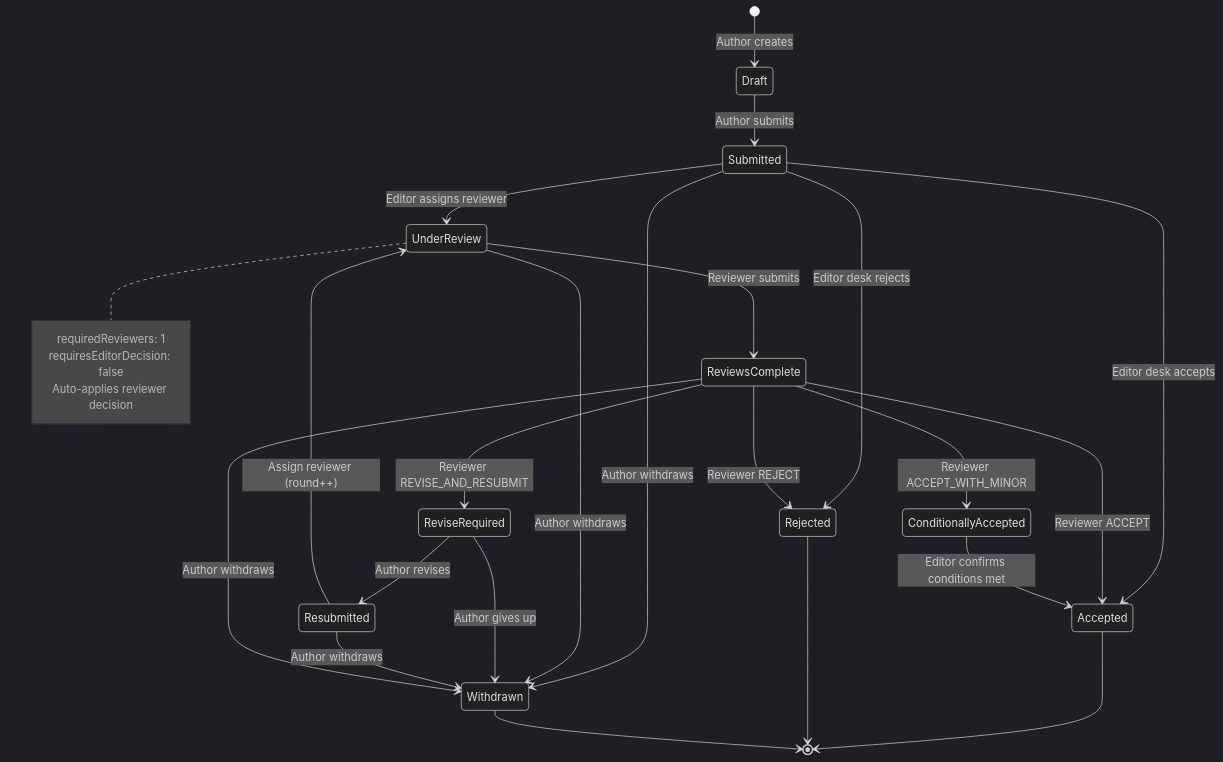
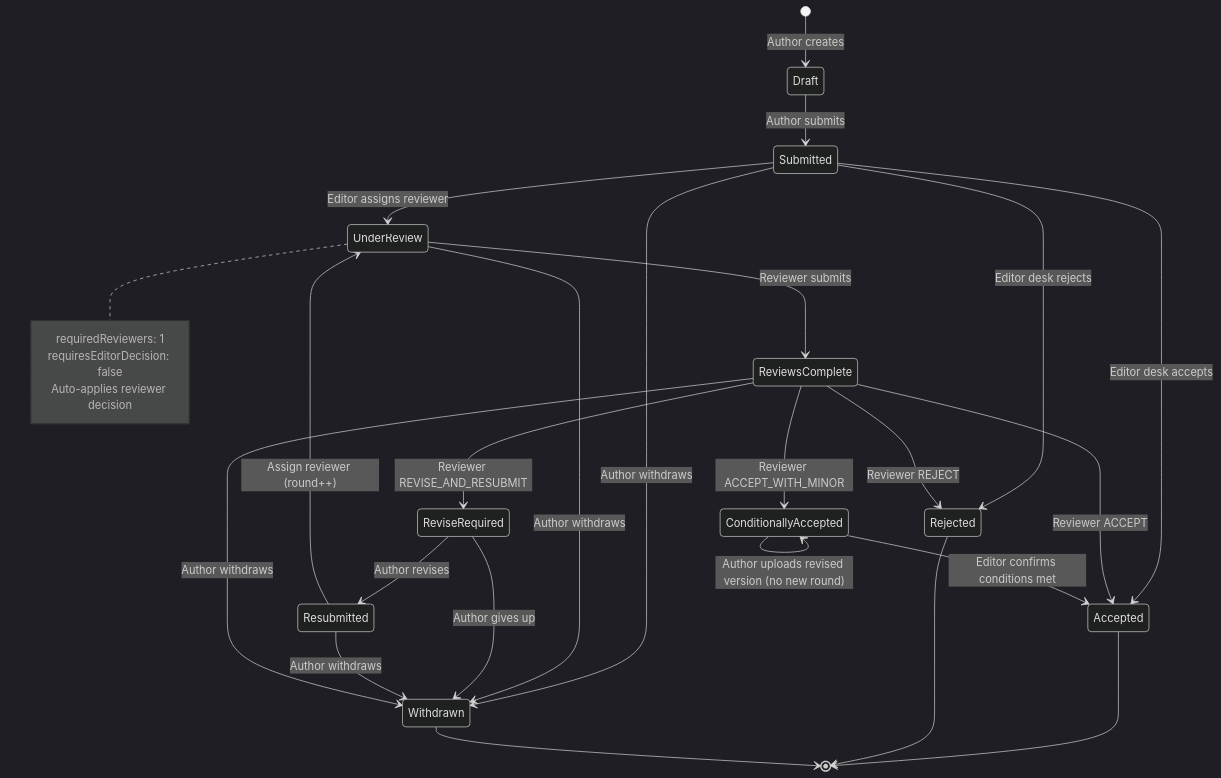
One commit to unlimited-labs/suberus changed the first of 5 diagrams in WORKFLOW.md. Above: the diagram before and after it, drawn with Mermaid (dark theme). The commit also changed other lines of this file and 1 other file, not shown here.

````diff
--- a/WORKFLOW.md
+++ b/WORKFLOW.md
@@ -25,37 +25,38 @@
 ```mermaid
 stateDiagram-v2
     [*] --> Draft: Author creates
     Draft --> Submitted: Author submits
     Submitted --> UnderReview: Editor assigns reviewer
     Submitted --> Accepted: Editor desk accepts
     Submitted --> Rejected: Editor desk rejects
     Submitted --> Withdrawn: Author withdraws
 
     UnderReview --> ReviewsComplete: Reviewer submits
     UnderReview --> Withdrawn: Author withdraws
 
     ReviewsComplete --> Accepted: Reviewer ACCEPT
     ReviewsComplete --> ConditionallyAccepted: Reviewer ACCEPT_WITH_MINOR
     ReviewsComplete --> ReviseRequired: Reviewer REVISE_AND_RESUBMIT
     ReviewsComplete --> Rejected: Reviewer REJECT
 
     ReviseRequired --> Resubmitted: Author revises
     ReviseRequired --> Withdrawn: Author gives up
 
     Resubmitted --> UnderReview: Assign reviewer (round++)
     Resubmitted --> Withdrawn: Author withdraws
 
     ReviewsComplete --> Withdrawn: Author withdraws
 
+    ConditionallyAccepted --> ConditionallyAccepted: Author uploads revised version (no new round)
     ConditionallyAccepted --> Accepted: Editor confirms conditions met
 
     Accepted --> [*]
     Rejected --> [*]
     Withdrawn --> [*]
 
     note right of UnderReview
         requiredReviewers: 1
         requiresEditorDecision: false
         Auto-applies reviewer decision
     end note
 ```
````
